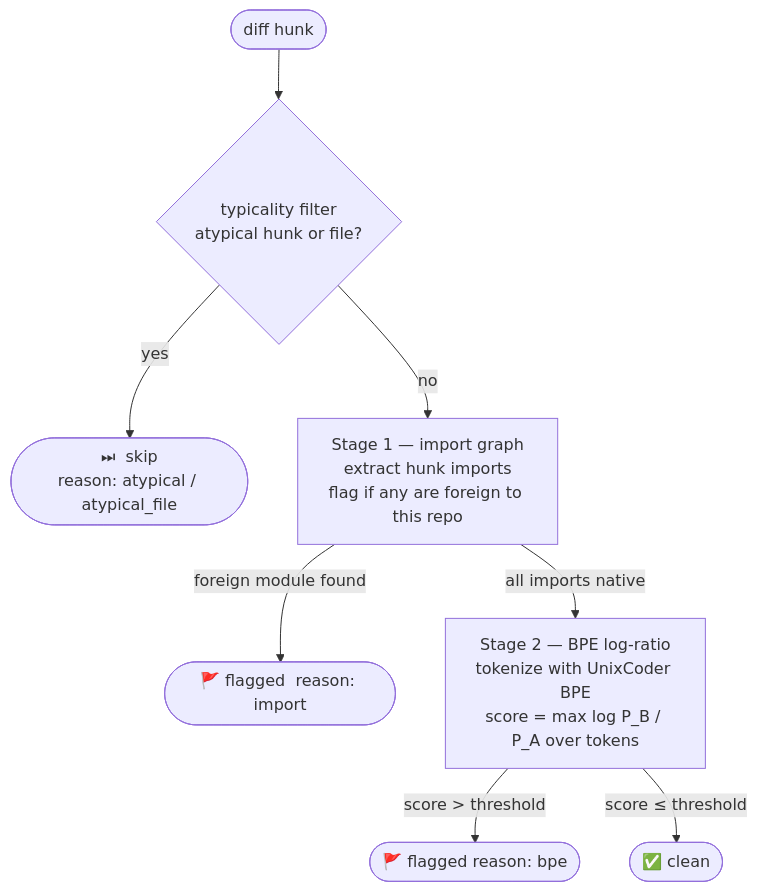
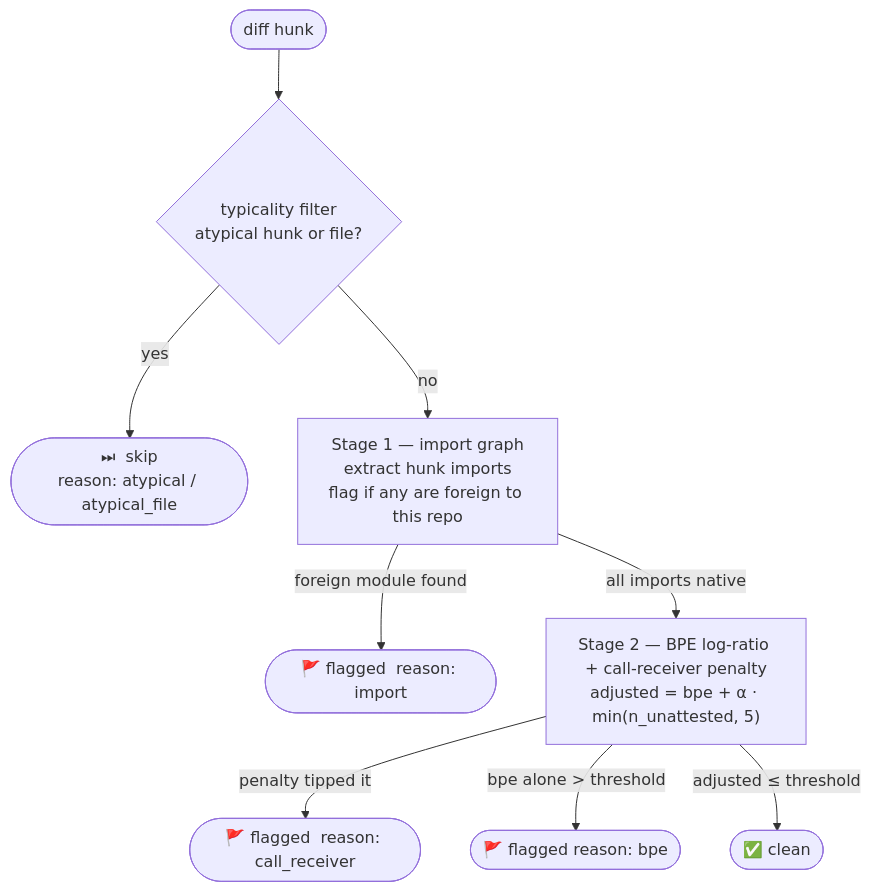
Before and after one commit to get-tmonier/argot: the second of 2 diagrams in README.md, drawn with Mermaid. The commit also changed other lines of this file and 18 other files, not shown here.

First line of the commit message:
feat(bench): era 6 — call-receiver scorer (Stage 1.5 soft penalty) (#24)

````diff
--- a/README.md
+++ b/README.md
@@ -221,10 +221,11 @@
 ```mermaid
 flowchart TD
     H(["diff hunk"]) --> TYP{"typicality filter<br/>atypical hunk or file?"}
     TYP -- yes --> SKIP(["⏭  skip<br/>reason: atypical / atypical_file"])
     TYP -- no --> S1["Stage 1 — import graph\nextract hunk imports\nflag if any are foreign to this repo"]
     S1 -- "foreign module found" --> F1(["🚩 flagged  reason: import"])
-    S1 -- "all imports native" --> S2["Stage 2 — BPE log-ratio\ntokenize with UnixCoder BPE\nscore = max log P_B / P_A over tokens"]
-    S2 -- "score > threshold" --> F2(["🚩 flagged  reason: bpe"])
-    S2 -- "score ≤ threshold" --> OK(["✅ clean"])
+    S1 -- "all imports native" --> S2["Stage 2 — BPE log-ratio + call-receiver penalty\nadjusted = bpe + α · min(n_unattested, 5)"]
+    S2 -- "penalty tipped it" --> F15(["🚩 flagged  reason: call_receiver"])
+    S2 -- "bpe alone > threshold" --> F2(["🚩 flagged  reason: bpe"])
+    S2 -- "adjusted ≤ threshold" --> OK(["✅ clean"])
 ```
````
